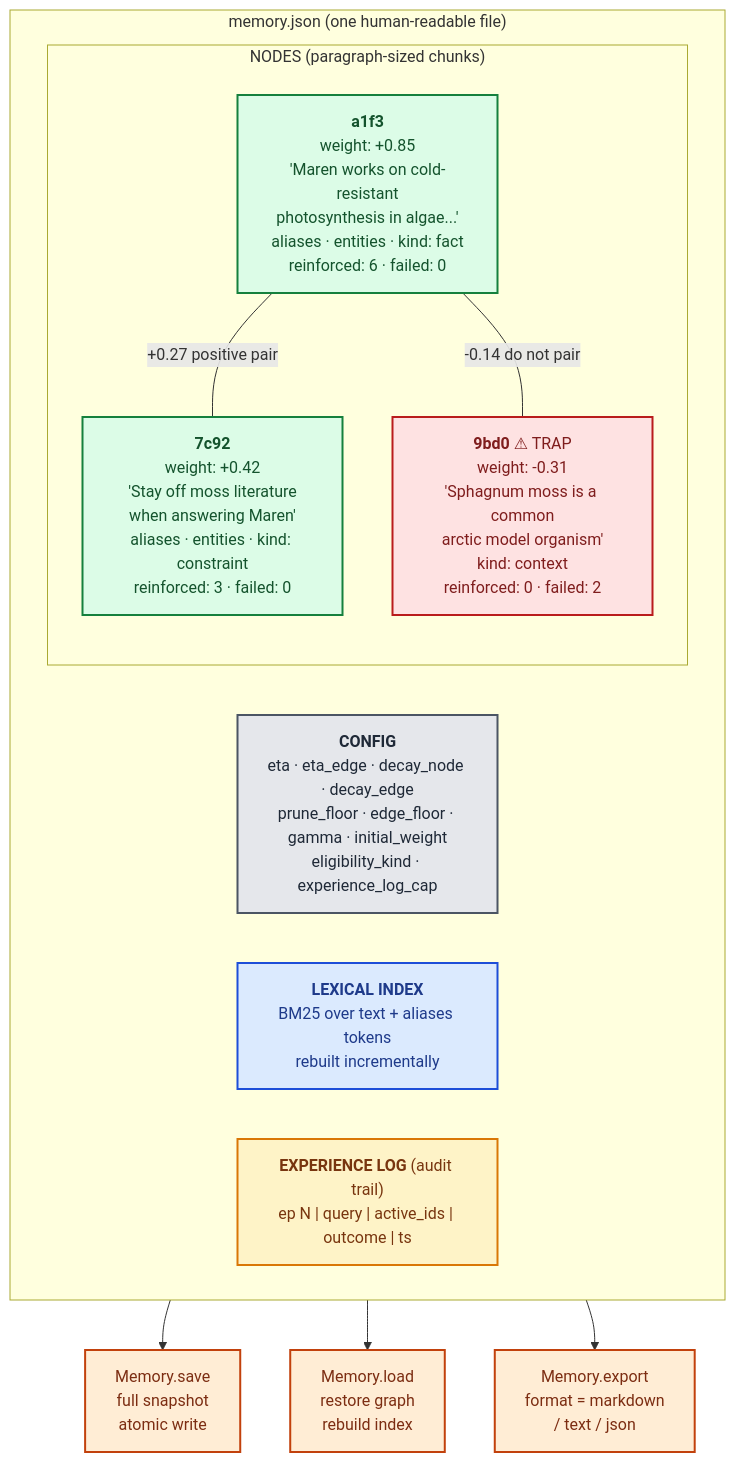
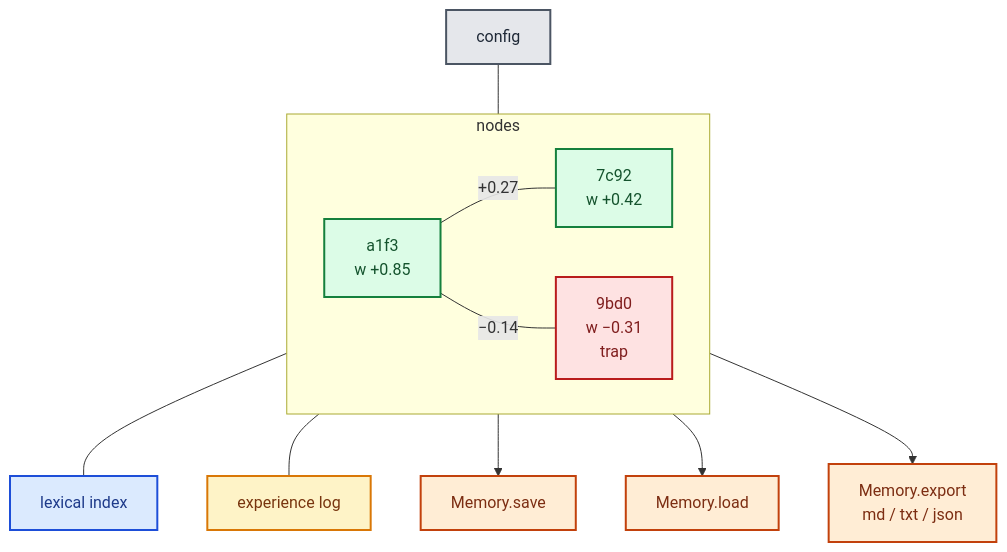
The sixth of 6 diagrams in docs/architecture.md (vitalops/coherence), drawn with Mermaid before and after one commit. The commit also changed other lines of this file, not shown here.

Commit message:
upd: fix ugly diagrams

````diff
--- a/docs/architecture.md
+++ b/docs/architecture.md
@@ -285,33 +270,32 @@
 ```mermaid
 flowchart TD
-    subgraph FILE["memory.json (one human-readable file)"]
-        CFG["<b>CONFIG</b><br/>eta · eta_edge · decay_node · decay_edge<br/>prune_floor · edge_floor · gamma · initial_weight<br/>eligibility_kind · experience_log_cap"]:::config
+    CFG[config]:::config
+    subgraph NODES["nodes"]
+        N1[a1f3<br/>w +0.85]:::node
+        N2[7c92<br/>w +0.42]:::node
+        N3[9bd0<br/>w −0.31<br/>trap]:::trap
+    end
+    IDX[lexical index]:::index
+    LOG[experience log]:::log
 
-        subgraph NODES["NODES (paragraph-sized chunks)"]
-            N1["<b>a1f3</b><br/>weight: +0.85<br/>'Maren works on cold-resistant<br/>photosynthesis in algae...'<br/>aliases · entities · kind: fact<br/>reinforced: 6 · failed: 0"]:::node
-            N2["<b>7c92</b><br/>weight: +0.42<br/>'Stay off moss literature<br/>when answering Maren'<br/>aliases · entities · kind: constraint<br/>reinforced: 3 · failed: 0"]:::node
-            N3["<b>9bd0</b> ⚠ TRAP<br/>weight: -0.31<br/>'Sphagnum moss is a common<br/>arctic model organism'<br/>kind: context<br/>reinforced: 0 · failed: 2"]:::trap
-        end
+    N1 -- +0.27 --- N2
+    N1 -- −0.14 --- N3
 
-        N1 -- "+0.27 positive pair" --- N2
-        N1 -- "-0.14 do not pair" --- N3
+    SAVE[Memory.save]:::disk
+    LOAD[Memory.load]:::disk
+    EXPORT[Memory.export<br/>md / txt / json]:::disk
 
-        IDX["<b>LEXICAL INDEX</b><br/>BM25 over text + aliases tokens<br/>rebuilt incrementally"]:::index
-        LOG["<b>EXPERIENCE LOG</b> (audit trail)<br/>ep N | query | active_ids | outcome | ts"]:::log
-    end
-
-    SAVE["Memory.save<br/>full snapshot<br/>atomic write"]:::disk
-    LOAD["Memory.load<br/>restore graph<br/>rebuild index"]:::disk
-    EXPORT["Memory.export<br/>format = markdown<br/>/ text / json"]:::disk
-
-    FILE --> SAVE
-    FILE --> LOAD
-    FILE --> EXPORT
+    CFG --- NODES
+    NODES --- IDX
+    NODES --- LOG
+    NODES --> SAVE
+    NODES --> LOAD
+    NODES --> EXPORT
 
     classDef config fill:#e5e7eb,stroke:#4b5563,color:#1f2937,stroke-width:2px
     classDef node fill:#dcfce7,stroke:#15803d,color:#14532d,stroke-width:2px
     classDef trap fill:#fee2e2,stroke:#b91c1c,color:#7f1d1d,stroke-width:2px
     classDef index fill:#dbeafe,stroke:#1d4ed8,color:#1e3a8a,stroke-width:2px
     classDef log fill:#fef3c7,stroke:#d97706,color:#78350f,stroke-width:2px
     classDef disk fill:#ffedd5,stroke:#c2410c,color:#7c2d12,stroke-width:2px
 ```
````
